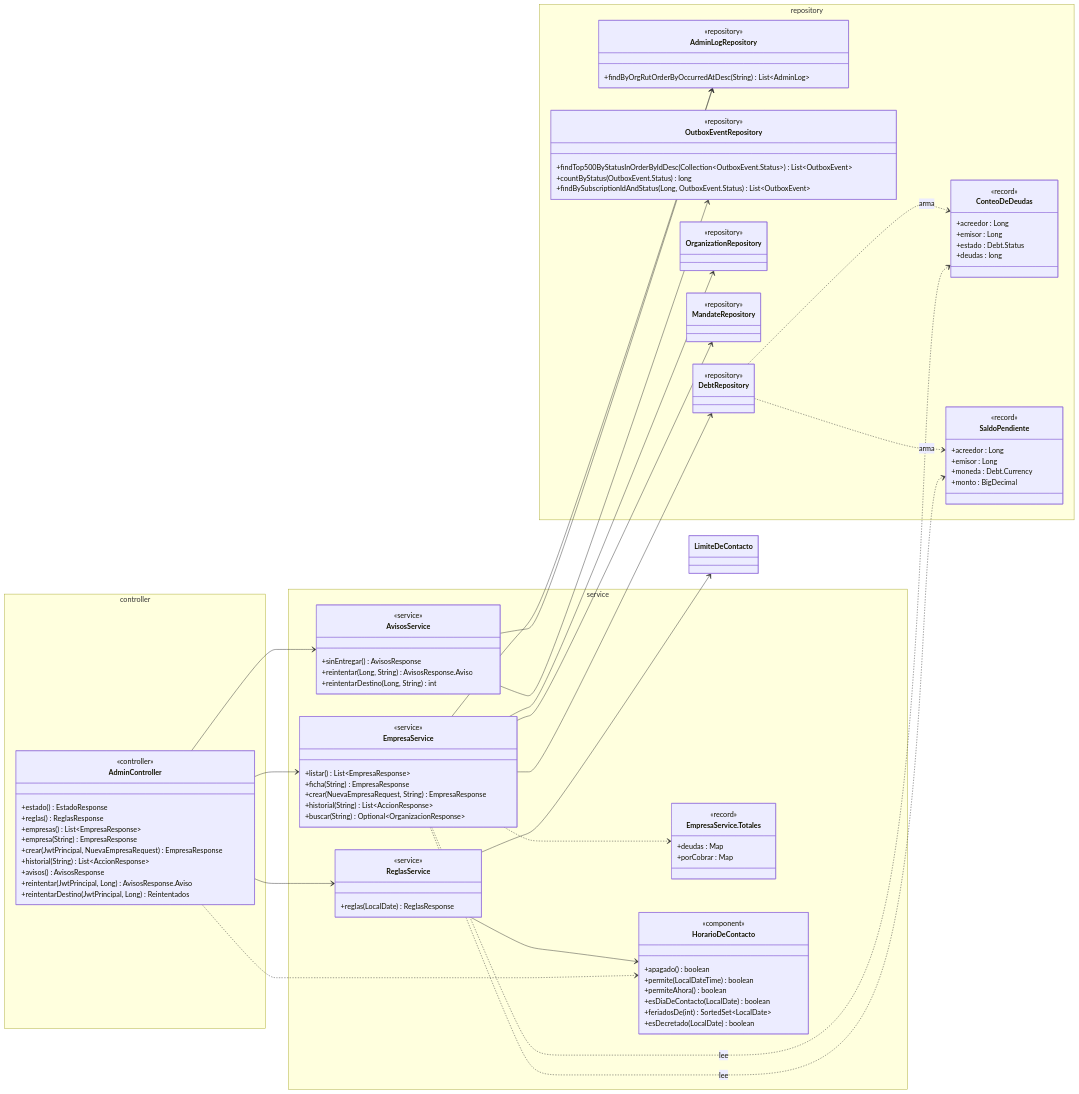
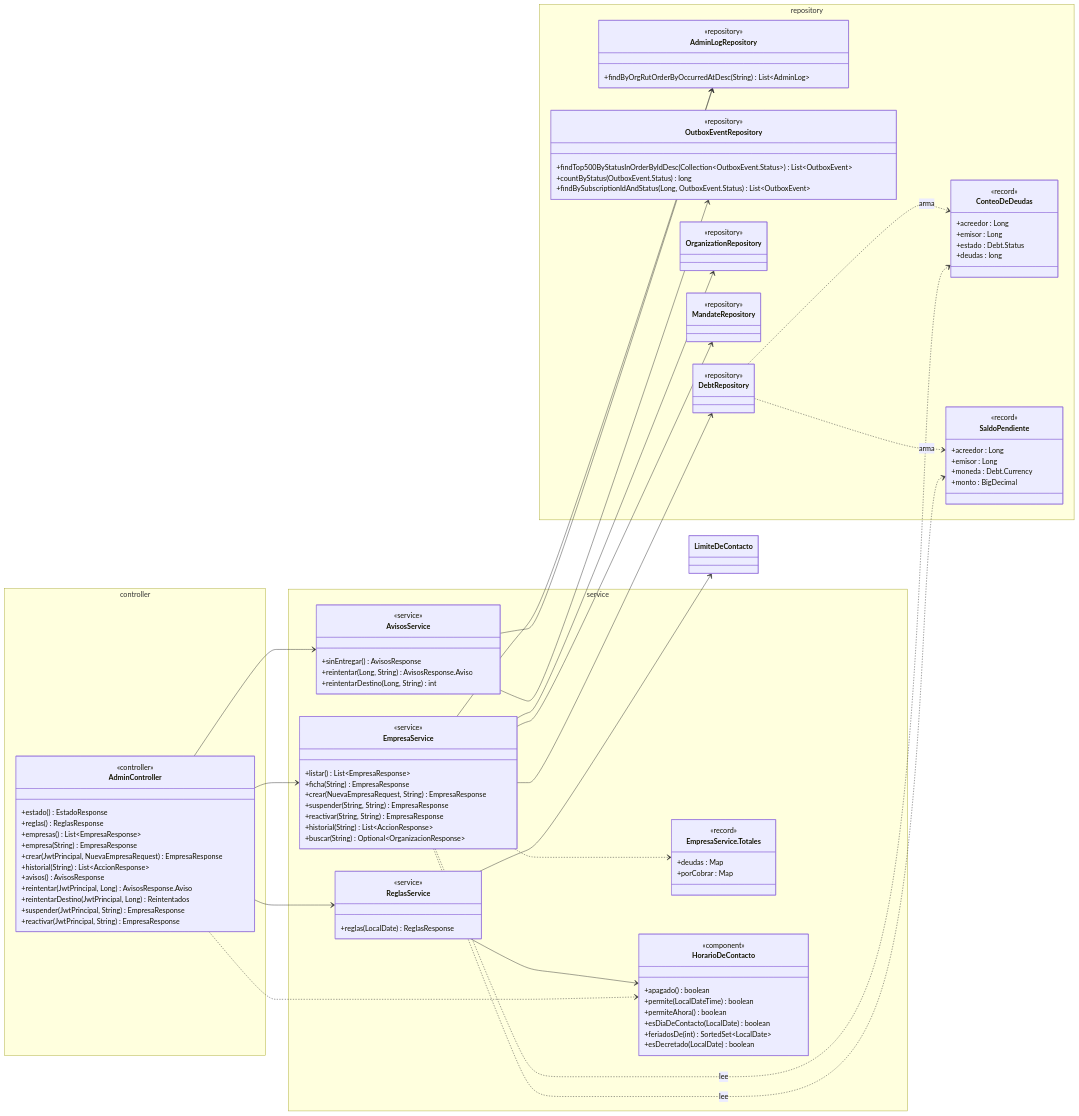
Before and after one commit to TechnicalBridge/DataBridge: the tenth of 18 diagrams in docs/diagramas/clases.md, drawn with Mermaid. The commit also changed other lines of this file and 34 other files, not shown here.

First line of the commit message:
feat(ms-debt, ms-auth, portal): Suspender y reactivar una empresa desde el panel (#179)

```diff
--- a/docs/diagramas/clases.md
+++ b/docs/diagramas/clases.md
@@ -1845,6 +1849,8 @@
             +avisos() AvisosResponse
             +reintentar(JwtPrincipal, Long) AvisosResponse.Aviso
             +reintentarDestino(JwtPrincipal, Long) Reintentados
+            +suspender(JwtPrincipal, String) EmpresaResponse
+            +reactivar(JwtPrincipal, String) EmpresaResponse
         }
     }
     namespace service {
@@ -1859,6 +1865,8 @@
             +listar() List~EmpresaResponse~
             +ficha(String) EmpresaResponse
             +crear(NuevaEmpresaRequest, String) EmpresaResponse
+            +suspender(String, String) EmpresaResponse
+            +reactivar(String, String) EmpresaResponse
             +historial(String) List~AccionResponse~
             +buscar(String) Optional~OrganizacionResponse~
         }
```
